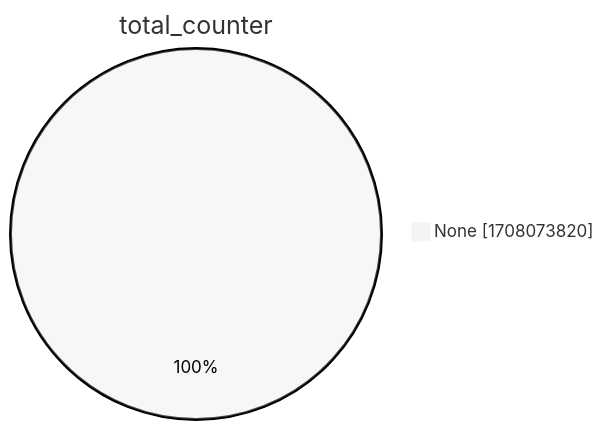
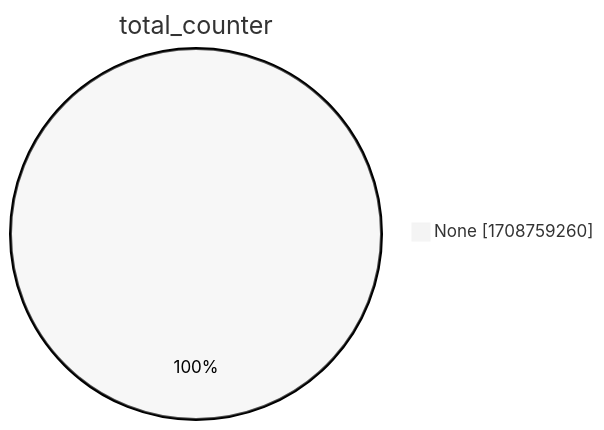
One commit to christiankrug/ctmonitor_visualization changed the second of 15 diagrams in xenon2022/README.md. Above: the diagram before and after it, drawn with Mermaid (neutral theme). The commit also changed other lines of this file, not shown here.

````diff
--- a/xenon2022/README.md
+++ b/xenon2022/README.md
@@ -9,5 +9,5 @@
 ```mermaid
 pie showData
 title total_counter
-"None" :1708073820
+"None" :1708759260
 ```
````
